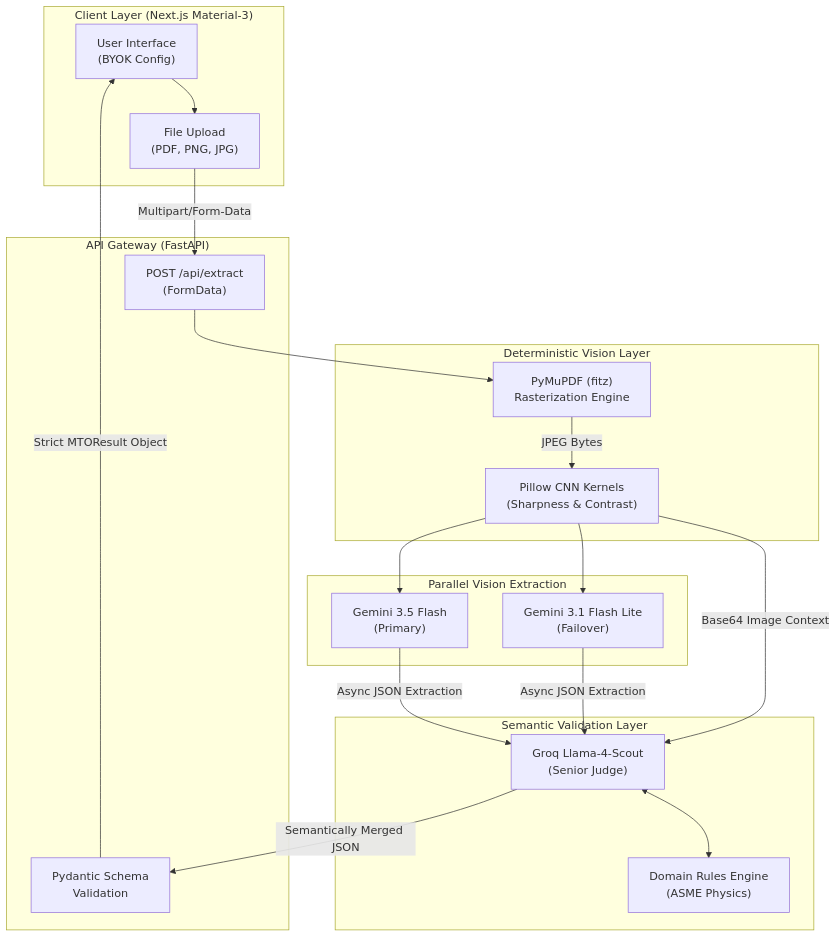
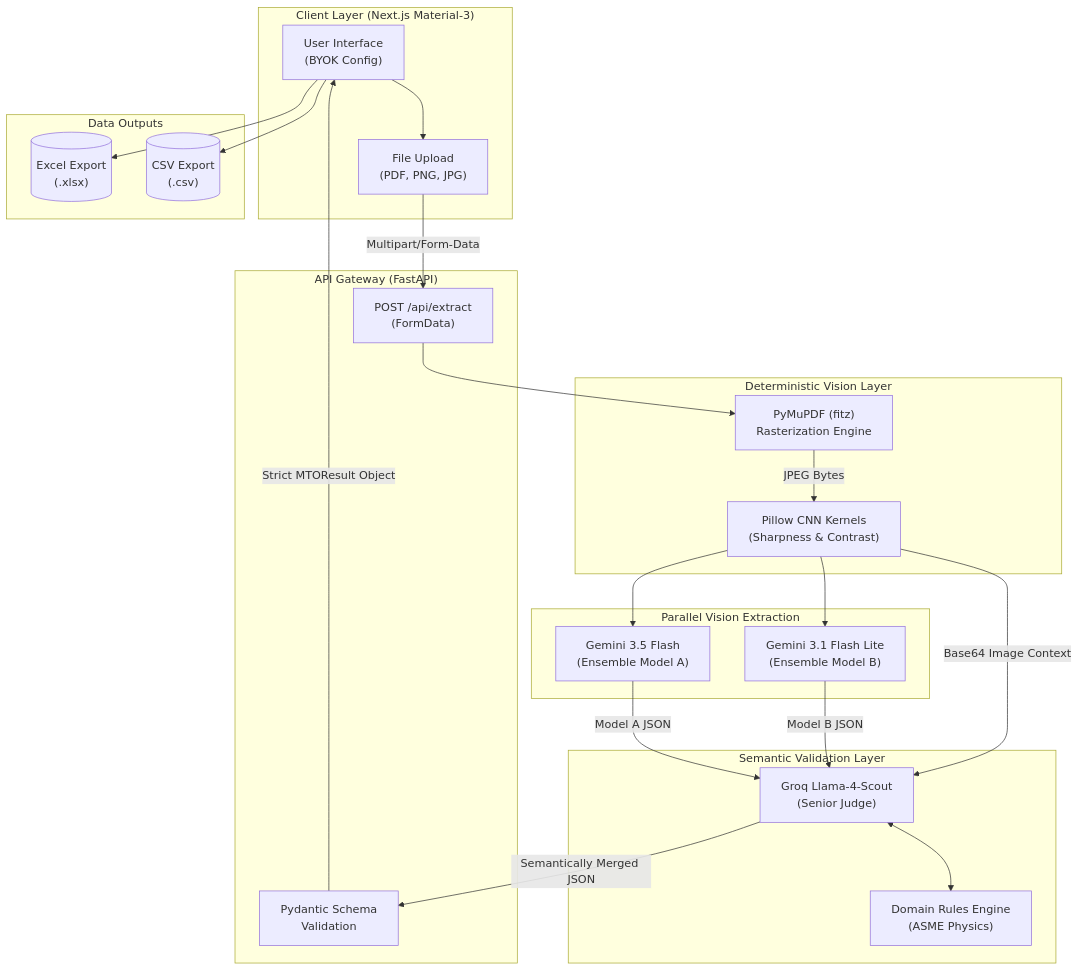
Before and after one commit to wizardwithcodehazard/IsoArch: the diagram in README.md, drawn with Mermaid.

Commit message:
Fixed Readmediagram fix

````diff
--- a/README.md
+++ b/README.md
@@ -11,48 +11,57 @@
 ```mermaid
 graph TD
     %% Frontend Boundary
     subgraph "Client Layer (Next.js Material-3)"
         UI["User Interface <br> (BYOK Config)"]
         Upload["File Upload <br> (PDF, PNG, JPG)"]
     end
 
     %% Backend Boundary
     subgraph "API Gateway (FastAPI)"
         Router["POST /api/extract <br> (FormData)"]
         PydanticValidator["Pydantic Schema <br> Validation"]
     end
 
     %% Computer Vision Pre-Processing
     subgraph "Deterministic Vision Layer"
         PDF["PyMuPDF (fitz) <br> Rasterization Engine"]
         CNN["Pillow CNN Kernels <br> (Sharpness & Contrast)"]
     end
 
     %% Ensemble Execution
     subgraph "Parallel Vision Extraction"
-        Gemini35["Gemini 3.5 Flash <br> (Primary)"]
-        Gemini31["Gemini 3.1 Flash Lite <br> (Failover)"]
+        Gemini35["Gemini 3.5 Flash <br> (Ensemble Model A)"]
+        Gemini31["Gemini 3.1 Flash Lite <br> (Ensemble Model B)"]
     end
 
     %% Agentic Resolution
     subgraph "Semantic Validation Layer"
         Groq["Groq Llama-4-Scout <br> (Senior Judge)"]
         DomainRules["Domain Rules Engine <br> (ASME Physics)"]
+    end
+
+    %% Output Artifacts
+    subgraph "Data Outputs"
+        ExportXLSX[("Excel Export <br> (.xlsx)")]
+        ExportCSV[("CSV Export <br> (.csv)")]
     end
 
     %% Data Flow
     UI --> Upload
     Upload -- "Multipart/Form-Data" --> Router
     Router --> PDF
     PDF -- "JPEG Bytes" --> CNN
     CNN --> Gemini35
     CNN --> Gemini31
     
-    Gemini35 -- "Async JSON Extraction" --> Groq
-    Gemini31 -- "Async JSON Extraction" --> Groq
+    Gemini35 -- "Model A JSON" --> Groq
+    Gemini31 -- "Model B JSON" --> Groq
     CNN -- "Base64 Image Context" --> Groq
     
     Groq <--> DomainRules
     Groq -- "Semantically Merged JSON" --> PydanticValidator
     PydanticValidator -- "Strict MTOResult Object" --> UI
+    
+    UI --> ExportXLSX
+    UI --> ExportCSV
 ```
````
